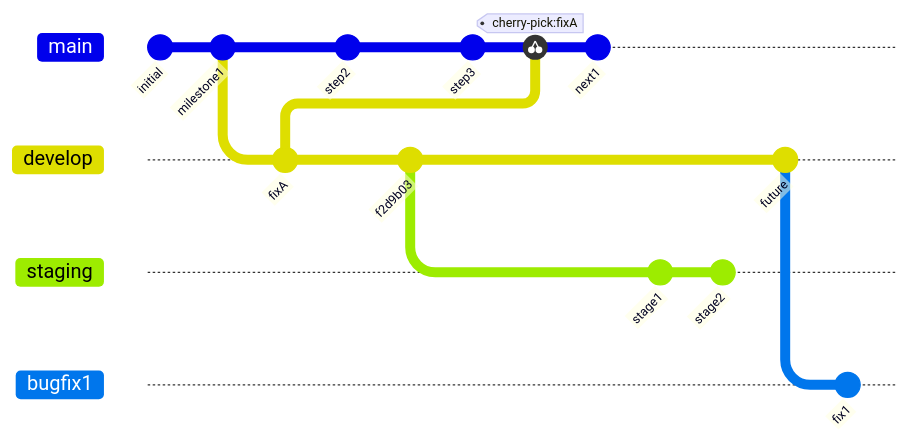
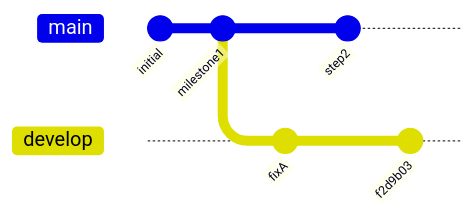
Before and after one commit to michaelliao/gitsite-cli: the diagram in test/resources/mermaid-gitgraph.md, drawn with Mermaid. The commit also changed 14 other files, not shown here.

````diff
--- a/test/resources/mermaid-gitgraph.md
+++ b/test/resources/mermaid-gitgraph.md
@@ -1,23 +1,11 @@
 ```mermaid
 gitGraph
     commit id: "initial"
     commit id: "milestone1"
     branch develop
     commit id:"fixA"
     checkout main
     commit id:"step2"
     checkout develop
     commit id:"f2d9b03"
-    checkout main
-    commit id:"step3"
-    cherry-pick id:"fixA"
-    commit id:"next1"
-    checkout develop
-    branch staging
-    commit id:"stage1"
-    commit id:"stage2"
-    checkout develop
-    commit id:"future"
-    branch bugfix1
-    commit id:"fix1"
 ```
````
